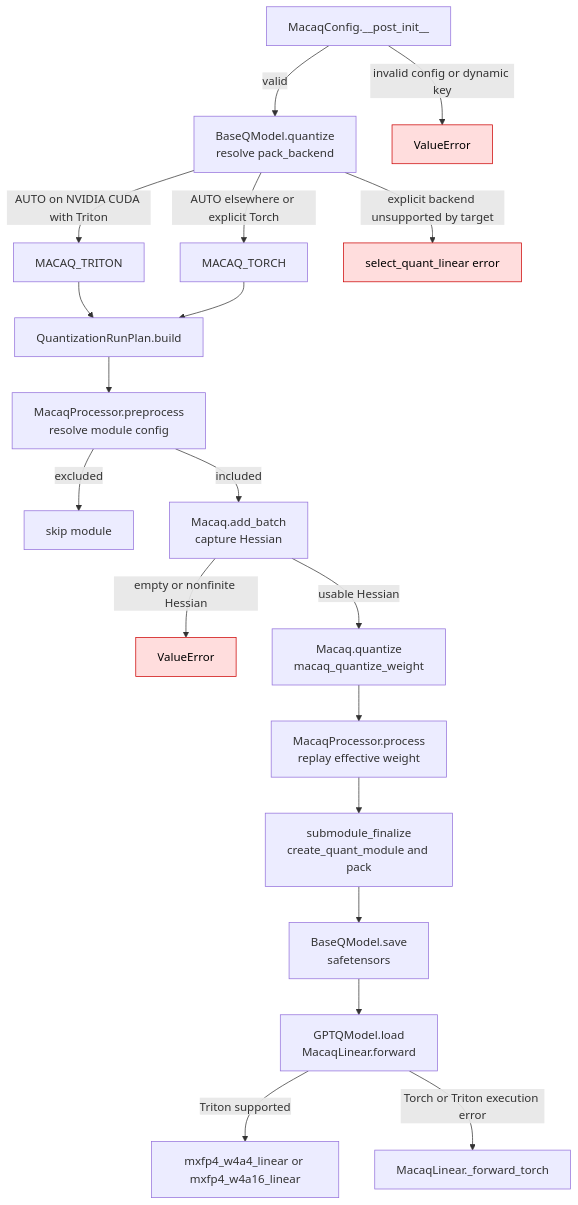
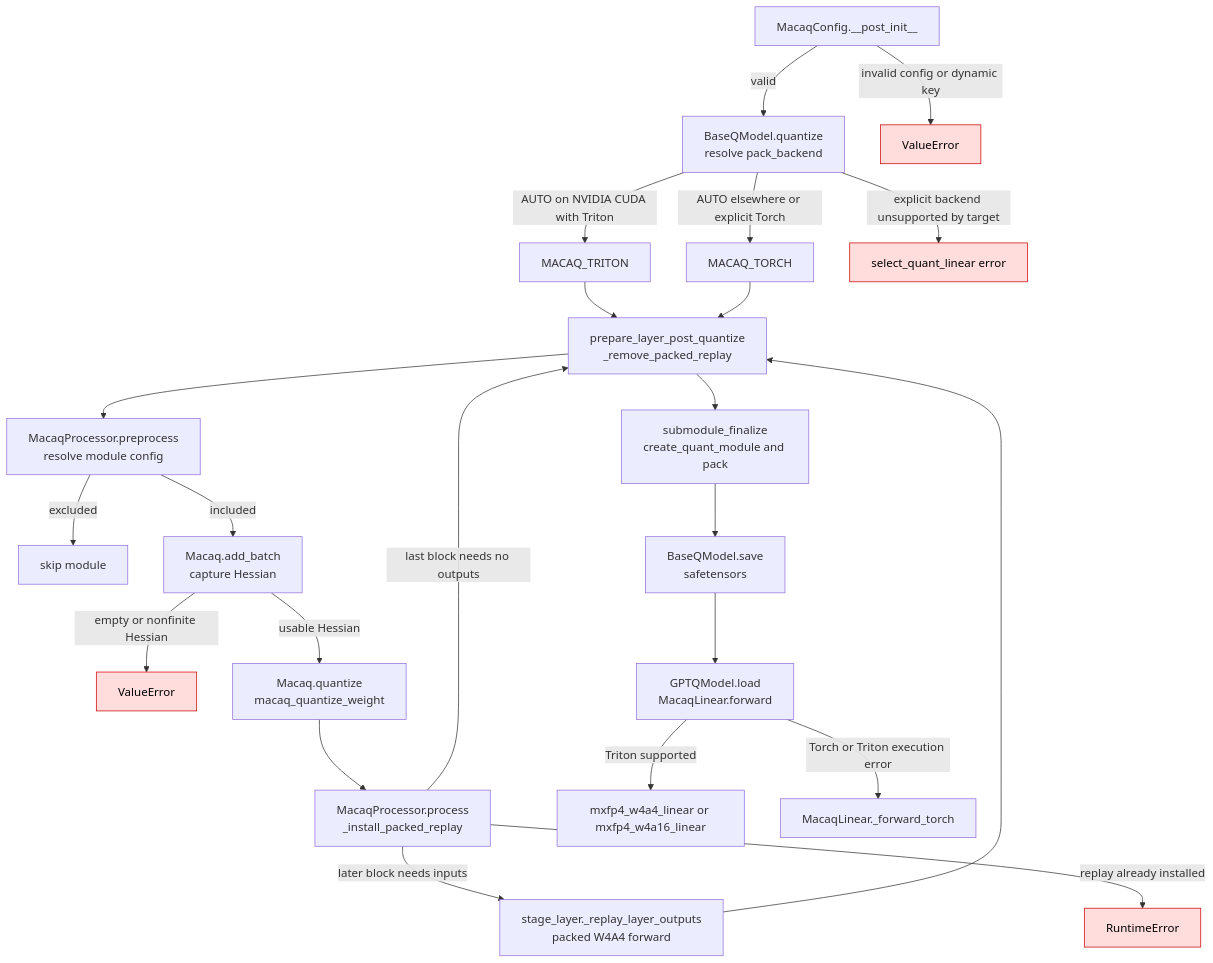
The diagram in docs/macaq.md (ModelCloud/GPTQModel), drawn with Mermaid before and after one commit. The commit also changed other lines of this file and 6 other files, not shown here.

Commit message:
fix(macaq): replay packed W4A4 during calibration and benchmark quantization

````diff
--- a/docs/macaq.md
+++ b/docs/macaq.md
@@ -58,23 +58,27 @@
 ```mermaid
 flowchart TD
     A["MacaqConfig.__post_init__"] -->|valid| B["BaseQModel.quantize<br/>resolve pack_backend"]
     A -->|invalid config or dynamic key| F1["ValueError"]
     B -->|AUTO on NVIDIA CUDA with Triton| T["MACAQ_TRITON"]
     B -->|AUTO elsewhere or explicit Torch| P["MACAQ_TORCH"]
     B -->|explicit backend unsupported by target| F2["select_quant_linear error"]
     T --> C["QuantizationRunPlan.build"]
     P --> C
     C --> D["MacaqProcessor.preprocess<br/>resolve module config"]
     D -->|excluded| S["skip module"]
     D -->|included| E["Macaq.add_batch<br/>capture Hessian"]
     E -->|empty or nonfinite Hessian| F3["ValueError"]
     E -->|usable Hessian| Q["Macaq.quantize<br/>macaq_quantize_weight"]
-    Q --> R["MacaqProcessor.process<br/>replay effective weight"]
-    R --> U["submodule_finalize<br/>create_quant_module and pack"]
+    Q --> R["MacaqProcessor.process<br/>_install_packed_replay"]
+    R -->|later block needs inputs| F["stage_layer._replay_layer_outputs<br/>packed W4A4 forward"]
+    R -->|last block needs no outputs| C["prepare_layer_post_quantize<br/>_remove_packed_replay"]
+    F --> C
+    R -->|replay already installed| F4["RuntimeError"]
+    C --> U["submodule_finalize<br/>create_quant_module and pack"]
     U --> V["BaseQModel.save<br/>safetensors"]
     V --> L["GPTQModel.load<br/>MacaqLinear.forward"]
     L -->|Triton supported| K["mxfp4_w4a4_linear or mxfp4_w4a16_linear"]
     L -->|Torch or Triton execution error| O["MacaqLinear._forward_torch"]
     classDef error fill:#fdd,stroke:#c00,color:#000;
-    class F1,F2,F3 error;
+    class F1,F2,F3,F4 error;
 ```
````
